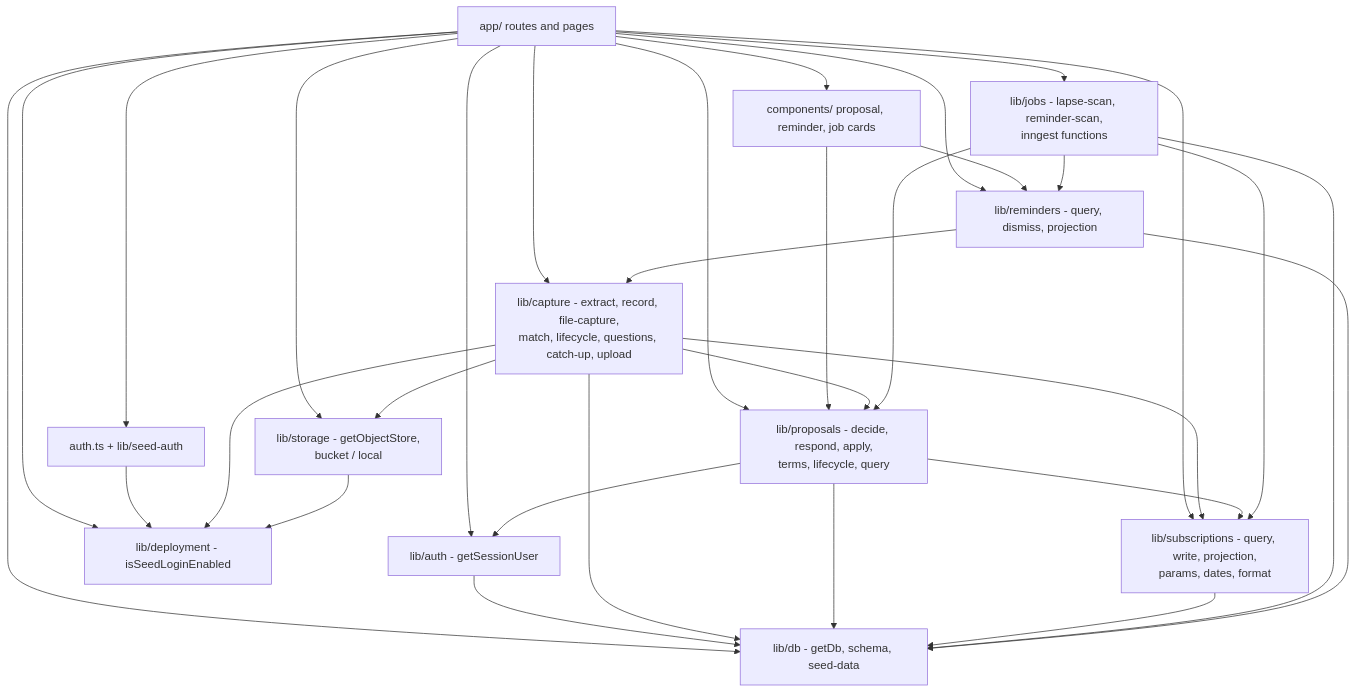
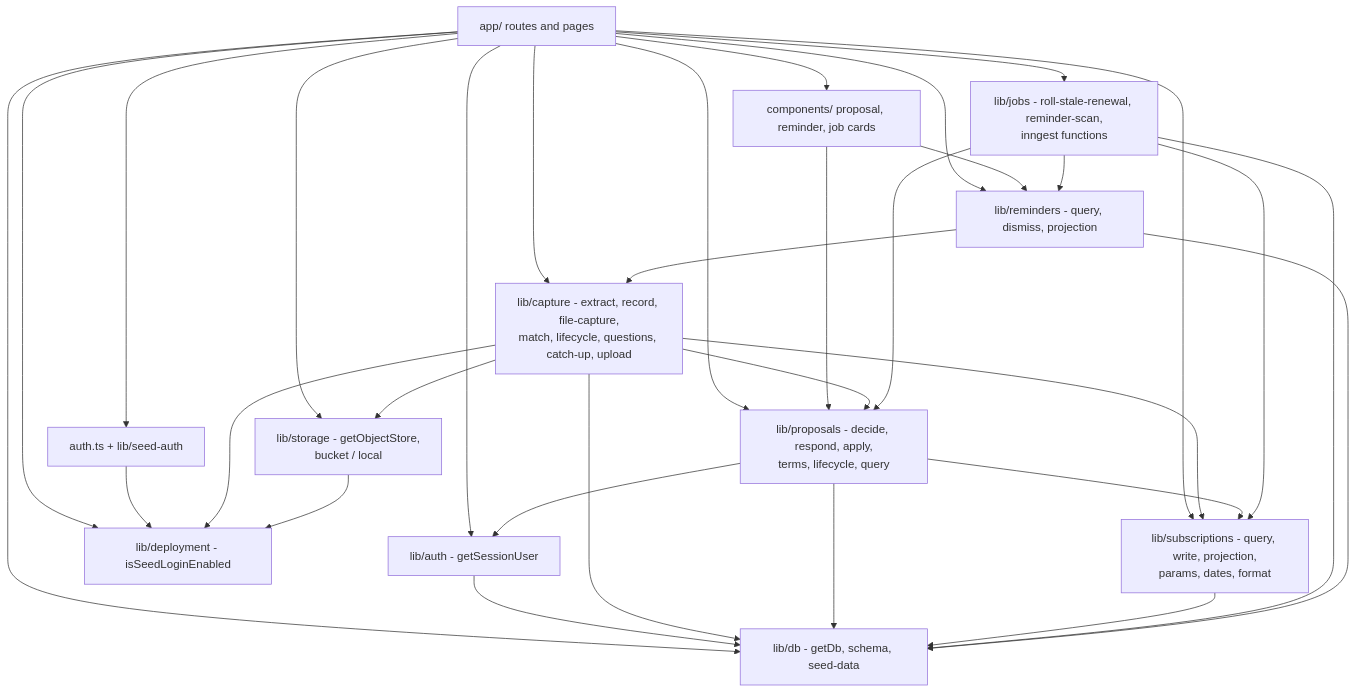
One commit to bhaveshbusa/subscription-records changed the fourth of 4 diagrams in docs/architecture.md. Above: the diagram before and after it, drawn with Mermaid. The commit also changed other lines of this file and 17 other files, not shown here.

First line of the commit message:
SUB-27: Rename lapse-scan to roll-stale-renewal.

````diff
--- a/docs/architecture.md
+++ b/docs/architecture.md
@@ -155,47 +156,47 @@
 ```mermaid
 flowchart TD
   app["app/ routes and pages"]
   components["components/ proposal, reminder, job cards"]
   authmod["lib/auth - getSessionUser"]
   authjs["auth.ts + lib/seed-auth"]
   deployment["lib/deployment - isSeedLoginEnabled"]
   capture["lib/capture - extract, record, file-capture,<br/>match, lifecycle, questions, catch-up, upload"]
   proposalsmod["lib/proposals - decide, respond, apply,<br/>terms, lifecycle, query"]
   subs["lib/subscriptions - query, write, projection,<br/>params, dates, format"]
   storage["lib/storage - getObjectStore,<br/>bucket / local"]
-  jobs["lib/jobs - lapse-scan, reminder-scan,<br/>inngest functions"]
+  jobs["lib/jobs - roll-stale-renewal, reminder-scan,<br/>inngest functions"]
   remindersmod["lib/reminders - query, dismiss, projection"]
   dbmod["lib/db - getDb, schema, seed-data"]
 
   app --> components
   app --> authmod
   app --> authjs
   app --> deployment
   app --> capture
   app --> proposalsmod
   app --> subs
   app --> storage
   app --> jobs
   app --> remindersmod
   app --> dbmod
   components --> proposalsmod
   components --> remindersmod
   authjs --> deployment
   authmod --> dbmod
   capture --> proposalsmod
   capture --> subs
   capture --> storage
   capture --> deployment
   capture --> dbmod
   proposalsmod --> subs
   proposalsmod --> authmod
   proposalsmod --> dbmod
   subs --> dbmod
   storage --> deployment
   jobs --> proposalsmod
   jobs --> subs
   jobs --> remindersmod
   jobs --> dbmod
   remindersmod --> capture
   remindersmod --> dbmod
 ```
````
